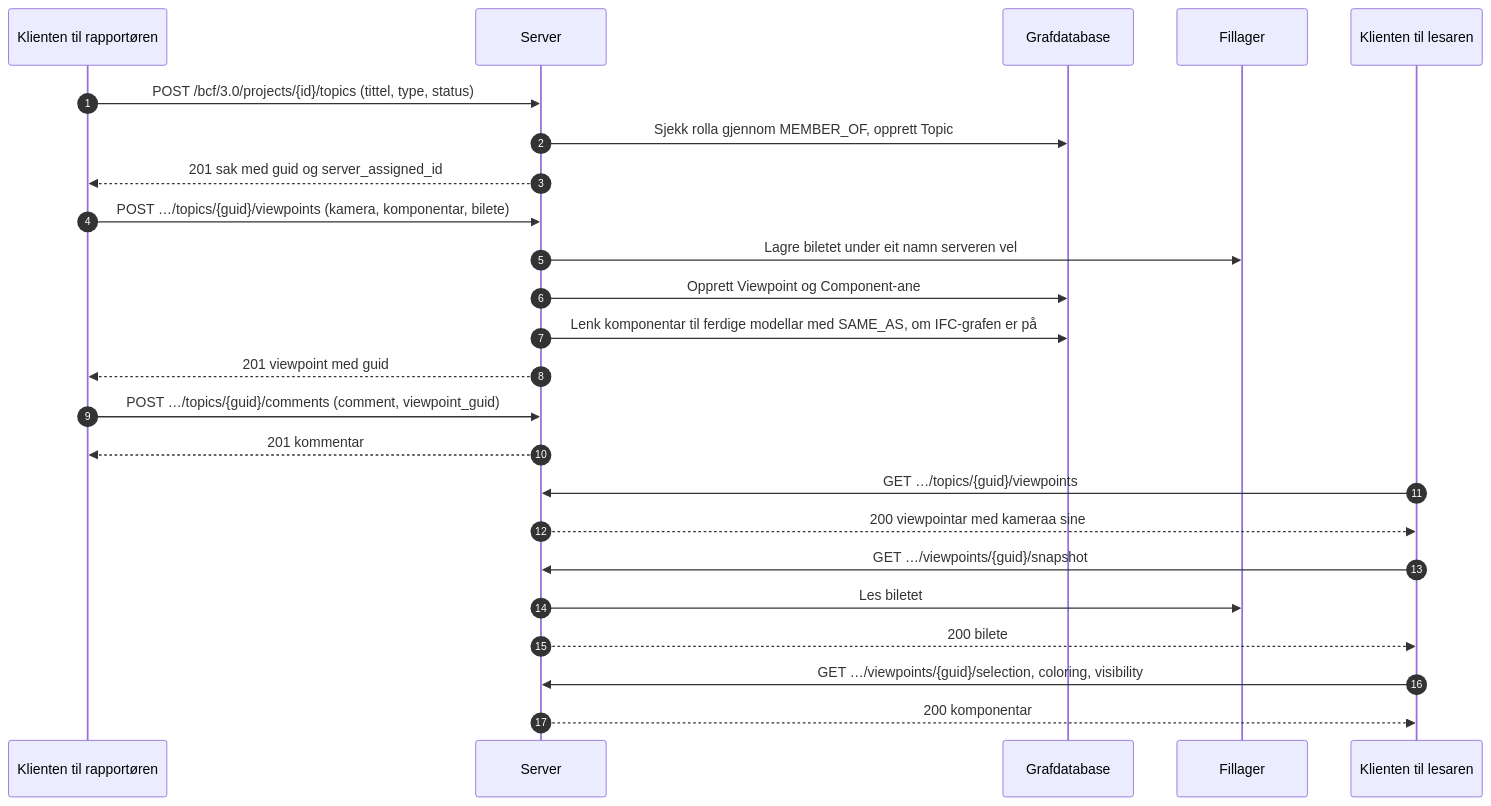
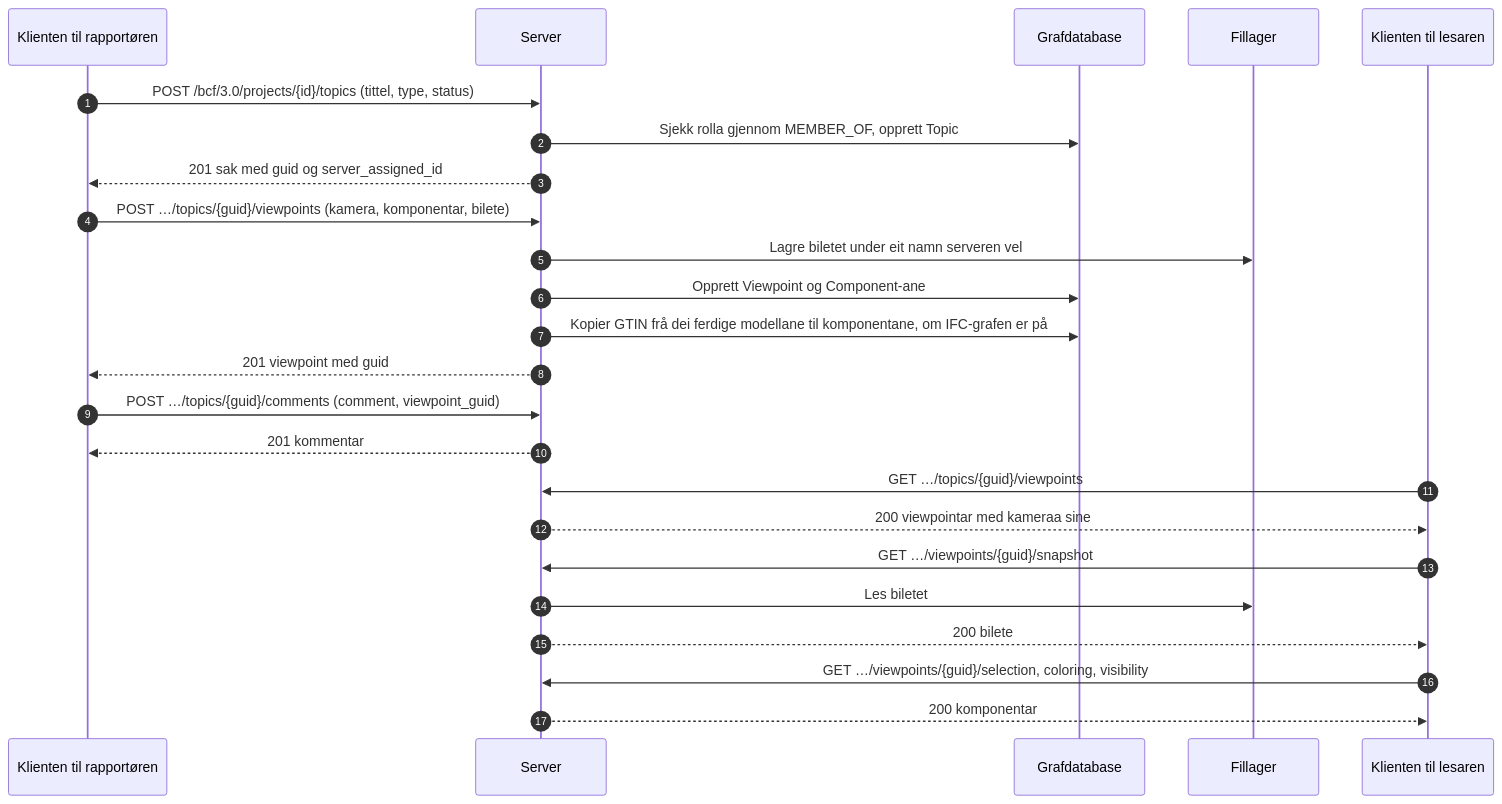
Before and after one commit to marwiss/Kontroll: the diagram in docs/nn/flows/bcf-viewpoint.md, drawn with Mermaid. The commit also changed other lines of this file and 50 other files, not shown here.

First line of the commit message:
Take the queries and the GTIN from IFC-LPG

````diff
--- a/docs/nn/flows/bcf-viewpoint.md
+++ b/docs/nn/flows/bcf-viewpoint.md
@@ -8,27 +8,27 @@
 ```mermaid
 sequenceDiagram
     autonumber
     participant A as Klienten til rapportøren
     participant S as Server
     participant G as Grafdatabase
     participant F as Fillager
     participant B as Klienten til lesaren
 
     A->>S: POST /bcf/3.0/projects/{id}/topics (tittel, type, status)
     S->>G: Sjekk rolla gjennom MEMBER_OF, opprett Topic
     S-->>A: 201 sak med guid og server_assigned_id
     A->>S: POST …/topics/{guid}/viewpoints (kamera, komponentar, bilete)
     S->>F: Lagre biletet under eit namn serveren vel
     S->>G: Opprett Viewpoint og Component-ane
-    S->>G: Lenk komponentar til ferdige modellar med SAME_AS, om IFC-grafen er på
+    S->>G: Kopier GTIN frå dei ferdige modellane til komponentane, om IFC-grafen er på
     S-->>A: 201 viewpoint med guid
     A->>S: POST …/topics/{guid}/comments (comment, viewpoint_guid)
     S-->>A: 201 kommentar
     B->>S: GET …/topics/{guid}/viewpoints
     S-->>B: 200 viewpointar med kameraa sine
     B->>S: GET …/viewpoints/{guid}/snapshot
     S->>F: Les biletet
     S-->>B: 200 bilete
     B->>S: GET …/viewpoints/{guid}/selection, coloring, visibility
     S-->>B: 200 komponentar
 ```
````
